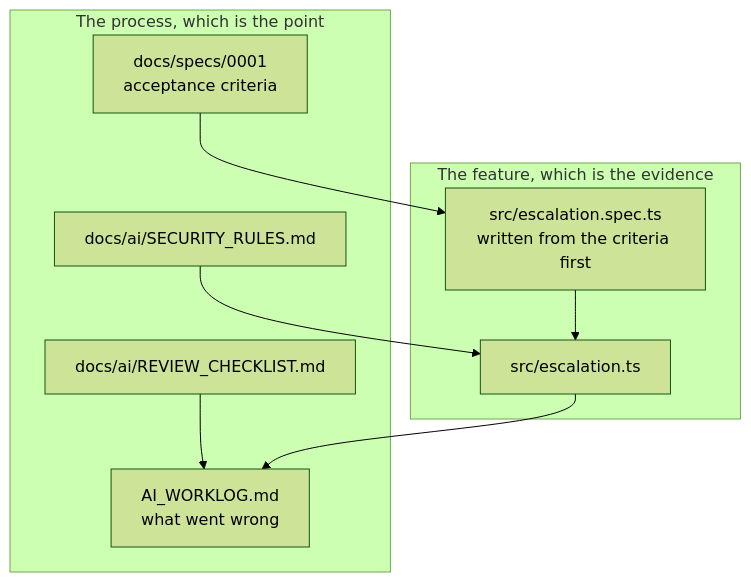
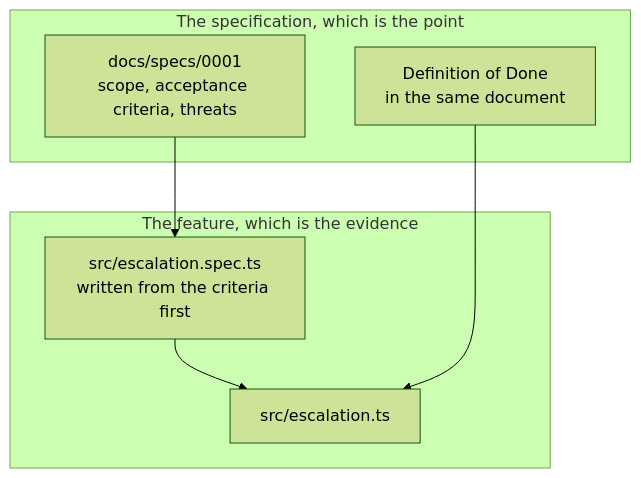
The diagram in ARCHITECTURE.md (Sam12355/estateflow-property-portal), drawn with Mermaid (forest theme) before and after one commit. The commit also changed other lines of this file and 22 other files, not shown here.

````diff
--- a/ARCHITECTURE.md
+++ b/ARCHITECTURE.md
@@ -6,19 +6,15 @@
 ```mermaid
 flowchart TB
-    subgraph process["The process, which is the point"]
-        SPEC["docs/specs/0001<br/>acceptance criteria"]
-        RULES["docs/ai/SECURITY_RULES.md"]
-        CHECK["docs/ai/REVIEW_CHECKLIST.md"]
-        LOG["AI_WORKLOG.md<br/>what went wrong"]
+    subgraph process["The specification, which is the point"]
+        SPEC["docs/specs/0001<br/>scope, acceptance criteria, threats"]
+        DOD["Definition of Done<br/>in the same document"]
     end
 
     subgraph code["The feature, which is the evidence"]
+        TEST["src/escalation.spec.ts<br/>written from the criteria first"]
         ESC["src/escalation.ts"]
-        TEST["src/escalation.spec.ts<br/>written from the criteria first"]
     end
 
     SPEC --> TEST --> ESC
-    RULES --> ESC
-    CHECK --> LOG
-    ESC --> LOG
+    DOD --> ESC
 ```
````
